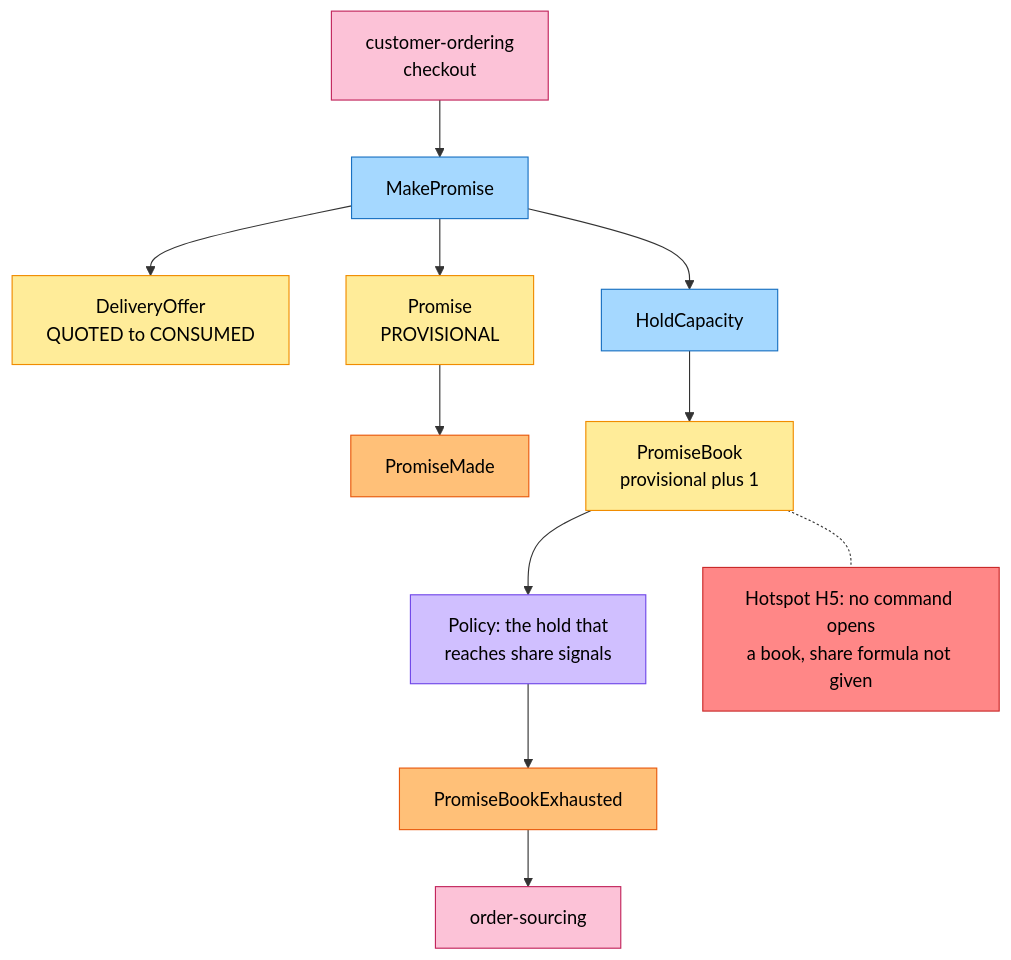
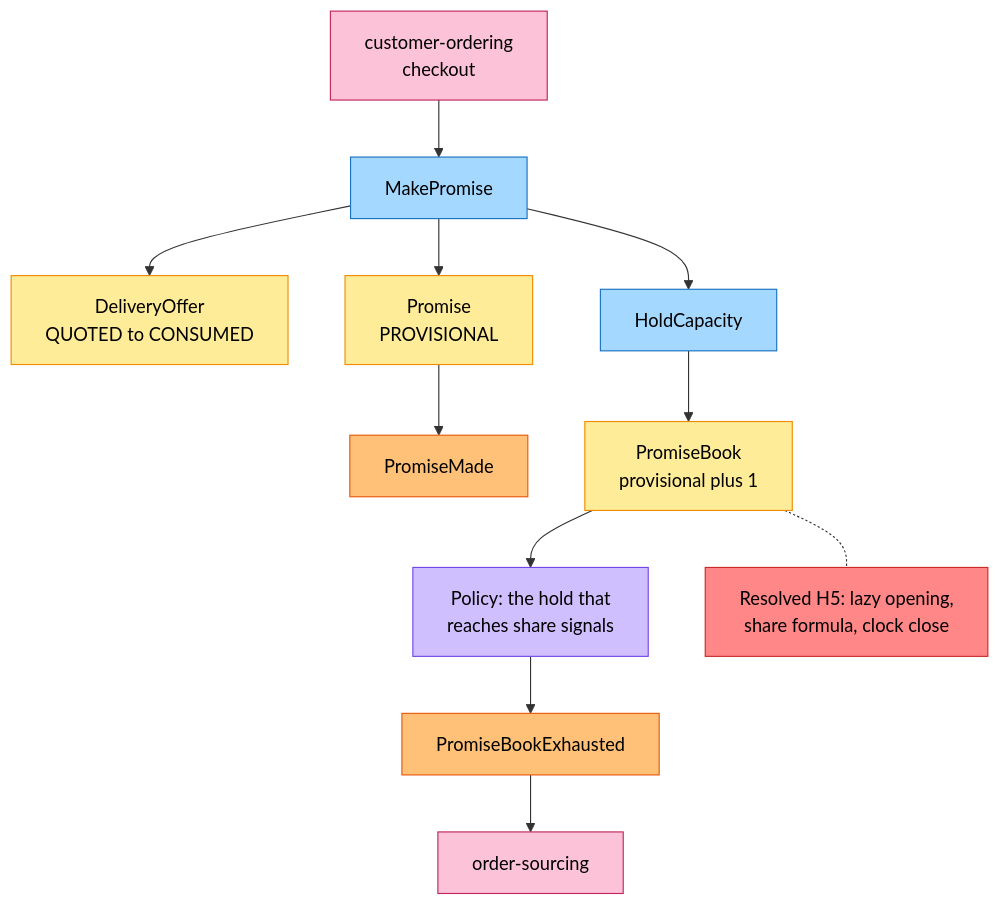
Before and after one commit to IQVO/warehouse-docs: the fourth of 7 diagrams in network/docs/contexts/delivery-promise/eventstorming.md, drawn with Mermaid. The commit also changed other lines of this file and 125 other files, not shown here.

````diff
--- a/network/docs/contexts/delivery-promise/eventstorming.md
+++ b/network/docs/contexts/delivery-promise/eventstorming.md
@@ -168,31 +168,31 @@
 ```mermaid
 flowchart TB
     classDef command fill:#a5d8ff,stroke:#1971c2,color:#000
     classDef aggregate fill:#ffec99,stroke:#f08c00,color:#000
     classDef event fill:#ffc078,stroke:#e8590c,color:#000
     classDef policy fill:#d0bfff,stroke:#7048e8,color:#000
     classDef readmodel fill:#b2f2bb,stroke:#2f9e44,color:#000
     classDef external fill:#fcc2d7,stroke:#c2255c,color:#000
     classDef hotspot fill:#ff8787,stroke:#c92a2a,color:#000
     CO["customer-ordering<br/>checkout"]:::external
     C1["MakePromise"]:::command
     G0["DeliveryOffer<br/>QUOTED to CONSUMED"]:::aggregate
     G1["Promise<br/>PROVISIONAL"]:::aggregate
     E1["PromiseMade"]:::event
     C2["HoldCapacity"]:::command
     G2["PromiseBook<br/>provisional plus 1"]:::aggregate
     P1["Policy: the hold that<br/>reaches share signals"]:::policy
     E2["PromiseBookExhausted"]:::event
     OS["order-sourcing"]:::external
-    H5["Hotspot H5: no command opens<br/>a book, share formula not given"]:::hotspot
+    H5["Resolved H5: lazy opening,<br/>share formula, clock close"]:::hotspot
     CO --> C1
     C1 --> G0
     C1 --> G1
     G1 --> E1
     C1 --> C2
     C2 --> G2
     G2 --> P1
     P1 --> E2
     E2 --> OS
     G2 -.- H5
 ```
````
